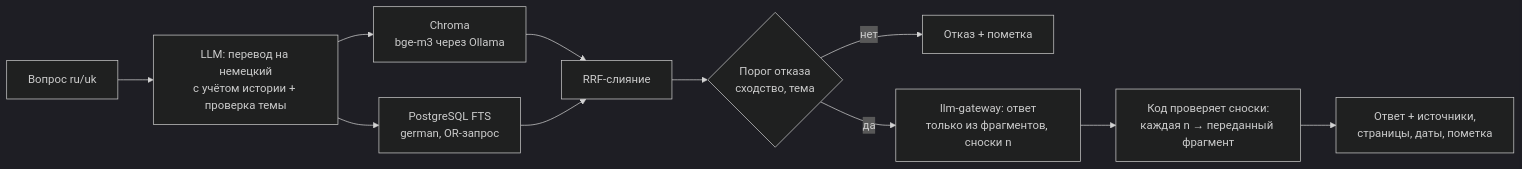
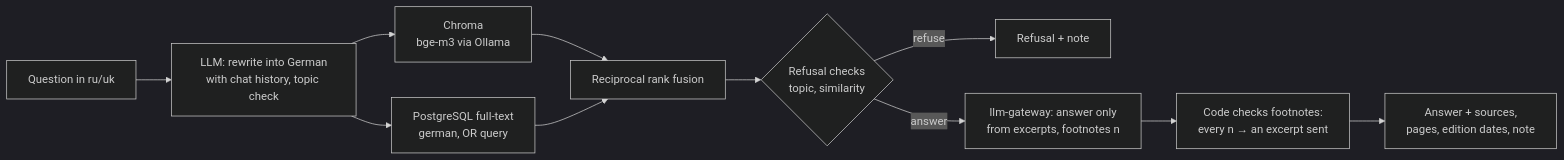
One commit to bohdass-source/amt-assistant changed the diagram in README.md. Above: the diagram before and after it, drawn with Mermaid (dark theme). The commit also changed other lines of this file and 1 other file, not shown here.

First line of the commit message:
docs: rewrite the README in English

````diff
--- a/README.md
+++ b/README.md
@@ -17,13 +61,13 @@
 ```mermaid
 flowchart LR
-  U[Вопрос ru/uk] --> RW[LLM: перевод на немецкий<br/>с учётом истории + проверка темы]
-  RW --> V[Chroma<br/>bge-m3 через Ollama]
-  RW --> K[PostgreSQL FTS<br/>german, OR-запрос]
-  V --> F[RRF-слияние]
+  U[Question in ru/uk] --> RW[LLM: rewrite into German<br/>with chat history, topic check]
+  RW --> V[Chroma<br/>bge-m3 via Ollama]
+  RW --> K[PostgreSQL full-text<br/>german, OR query]
+  V --> F[Reciprocal rank fusion]
   K --> F
-  F --> T{Порог отказа<br/>сходство, тема}
-  T -- нет --> R[Отказ + пометка]
-  T -- да --> G[llm-gateway: ответ<br/>только из фрагментов, сноски n]
-  G --> C[Код проверяет сноски:<br/>каждая n → переданный фрагмент]
-  C --> A[Ответ + источники,<br/>страницы, даты, пометка]
+  F --> T{Refusal checks<br/>topic, similarity}
+  T -- refuse --> R[Refusal + note]
+  T -- answer --> G[llm-gateway: answer only<br/>from excerpts, footnotes n]
+  G --> C[Code checks footnotes:<br/>every n → an excerpt sent]
+  C --> A[Answer + sources,<br/>pages, edition dates, note]
 ```
````
